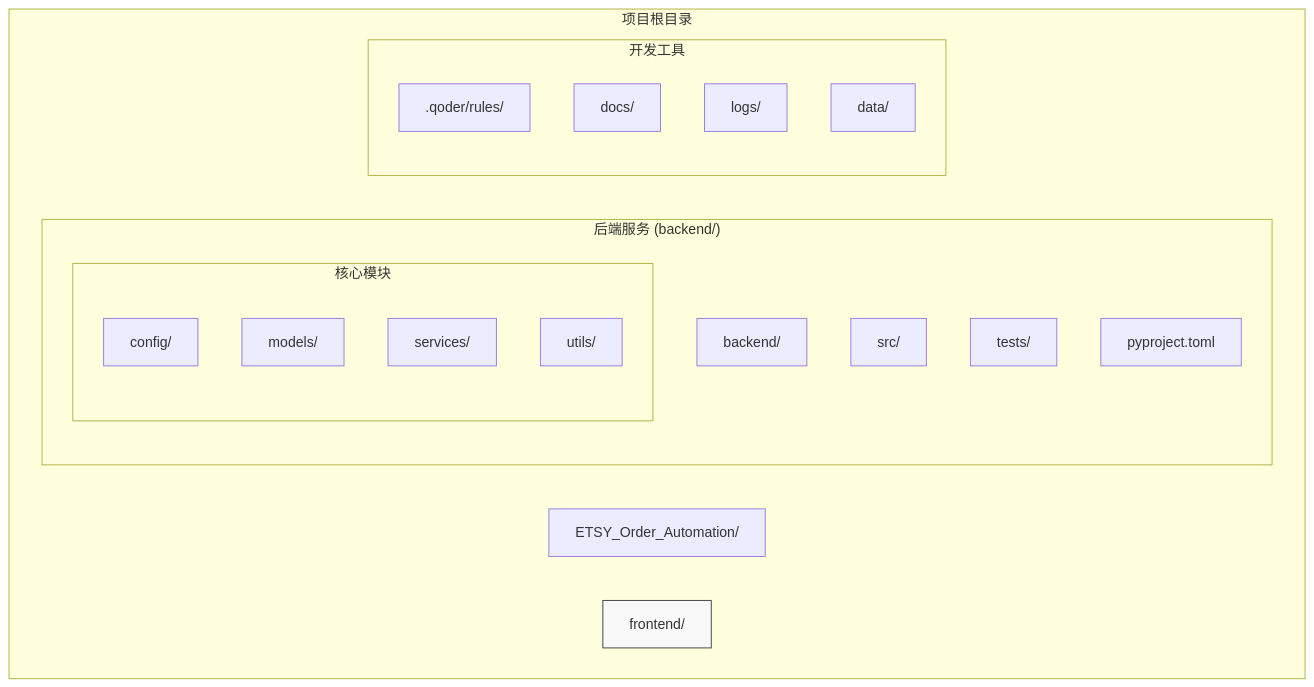
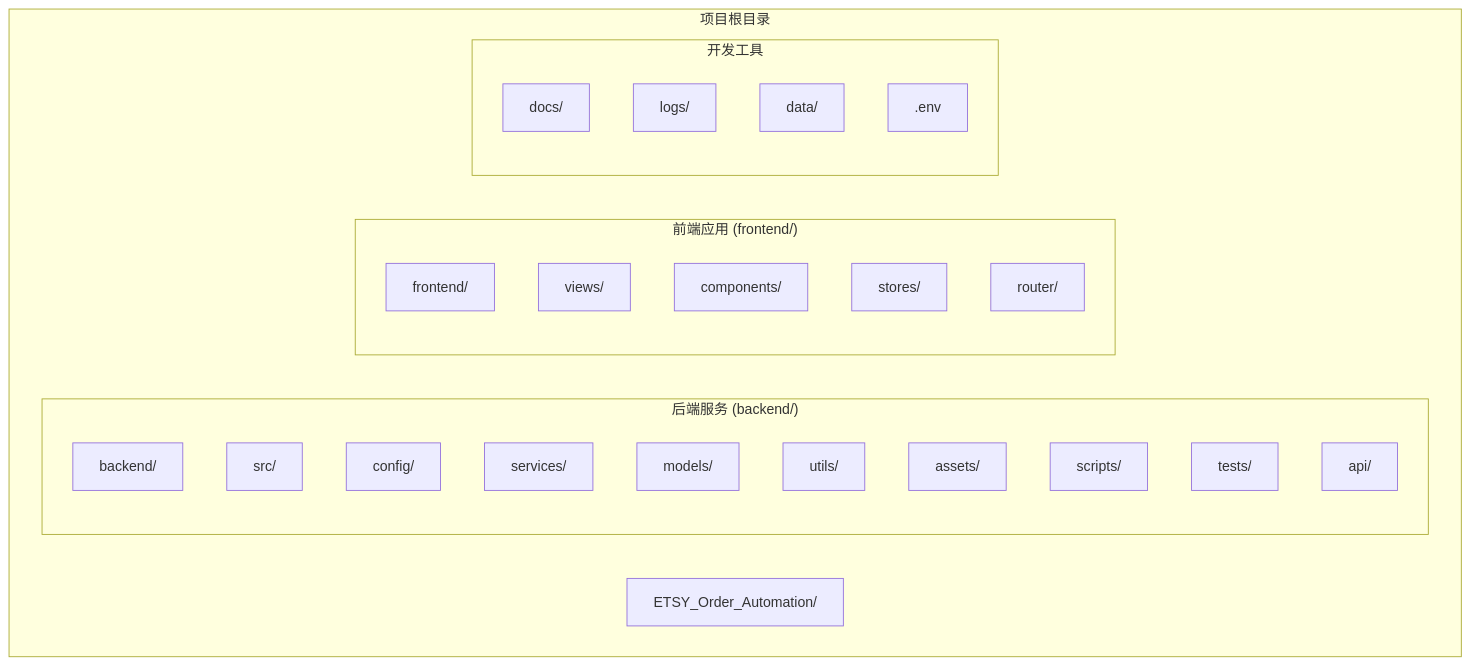
The second of 13 diagrams in .qoder/repowiki/zh/content/项目概述.md (SY6621/POD-Order-Management), drawn with Mermaid before and after one commit. The commit also changed other lines of this file and 98 other files, not shown here.

````diff
--- a/.qoder/repowiki/zh/content/项目概述.md
+++ b/.qoder/repowiki/zh/content/项目概述.md
@@ -45,26 +123,33 @@
 ```mermaid
 graph TB
 subgraph "项目根目录"
 Root[ETSY_Order_Automation/]
 subgraph "后端服务 (backend/)"
 Backend[backend/]
 Src[src/]
-subgraph "核心模块"
 Config[config/]
+Services[services/]
 Models[models/]
-Services[services/]
 Utils[utils/]
+Assets[assets/]
+Scripts[scripts/]
+Tests[tests/]
+API[api/]
 end
-Tests[tests/]
-PyProject[pyproject.toml]
+subgraph "前端应用 (frontend/)"
+Frontend[frontend/]
+Src[src/]
+Views[views/]
+Components[components/]
+Stores[stores/]
+Utils[utils/]
+Router[router/]
 end
 subgraph "开发工具"
-QoderRules[.qoder/rules/]
 Docs[docs/]
 Logs[logs/]
 Data[data/]
+Env[.env]
 end
-Frontend[frontend/]:::placeholder
 end
-classDef placeholder fill:#f9f9f9,stroke:#333,color:#333;
 ```
````
